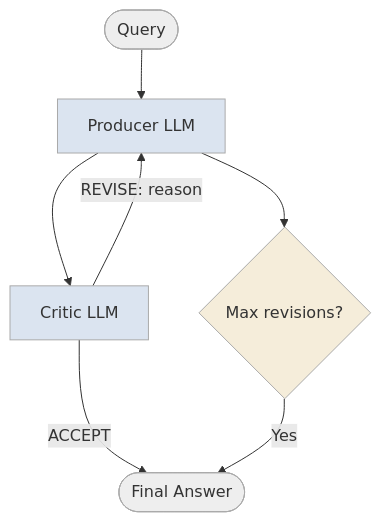
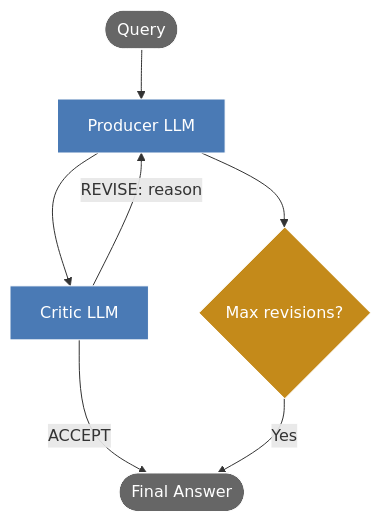
Before and after one commit to inbravo/agent-bench: the diagram in self-improvement/[research-swarm]-[ollama-harness]-[ollama]/README.md, drawn with Mermaid. The commit also changed 10 other files, not shown here.

First line of the commit message:
fix: improve Mermaid diagram contrast for GitHub dark mode

````diff
--- a/self-improvement/[research-swarm]-[ollama-harness]-[ollama]/README.md
+++ b/self-improvement/[research-swarm]-[ollama-harness]-[ollama]/README.md
@@ -13,15 +13,15 @@
 ```mermaid
 flowchart TD
     A([Query]) --> B[Producer LLM]
     B --> C[Critic LLM]
     C -- REVISE: reason --> B
     C -- ACCEPT --> D([Final Answer])
     B --> E{Max revisions?}
     E -- Yes --> D
 
-    style A fill:#eeeeee,stroke:#aaa
-    style B fill:#dbe4f0,stroke:#aaa
-    style C fill:#dbe4f0,stroke:#aaa
-    style D fill:#eeeeee,stroke:#aaa
-    style E fill:#f5edda,stroke:#aaa
+    style A fill:#666666,stroke:#fff,color:#fff
+    style B fill:#4a7ab5,stroke:#fff,color:#fff
+    style C fill:#4a7ab5,stroke:#fff,color:#fff
+    style D fill:#666666,stroke:#fff,color:#fff
+    style E fill:#c48a1a,stroke:#fff,color:#fff
 ```
````
